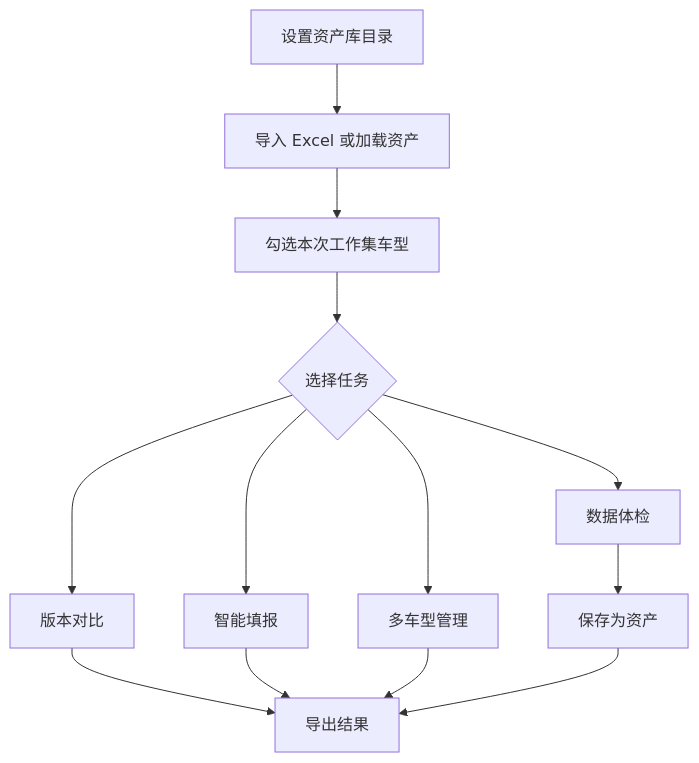
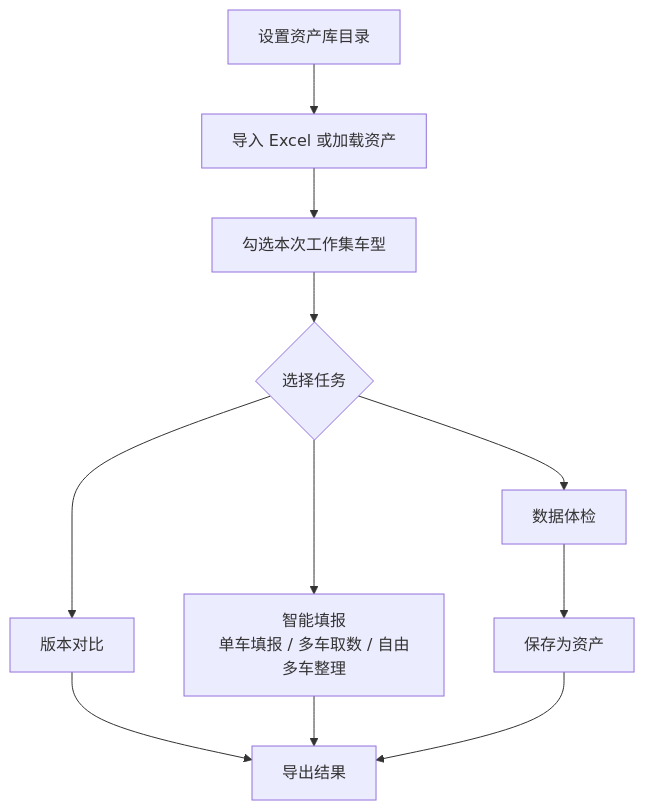
Before and after one commit to red-patch/vehicle-parameter: the fifth of 5 diagrams in docs/User_Manual_Lite.md, drawn with Mermaid. The commit also changed other lines of this file and 35 other files, not shown here.

````diff
--- a/docs/User_Manual_Lite.md
+++ b/docs/User_Manual_Lite.md
@@ -173,15 +170,13 @@
 ```mermaid
 flowchart TD
     A[设置资产库目录] --> B[导入 Excel 或加载资产]
     B --> C[勾选本次工作集车型]
     C --> D{选择任务}
     D --> D1[版本对比]
-    D --> D2[智能填报]
-    D --> D3[多车型管理]
+    D --> D2[智能填报<br/>单车填报 / 多车取数 / 自由多车整理]
     D --> D4[数据体检]
     D1 --> E[导出结果]
     D2 --> E
-    D3 --> E
     D4 --> F[保存为资产]
     F --> E
 ```
````
